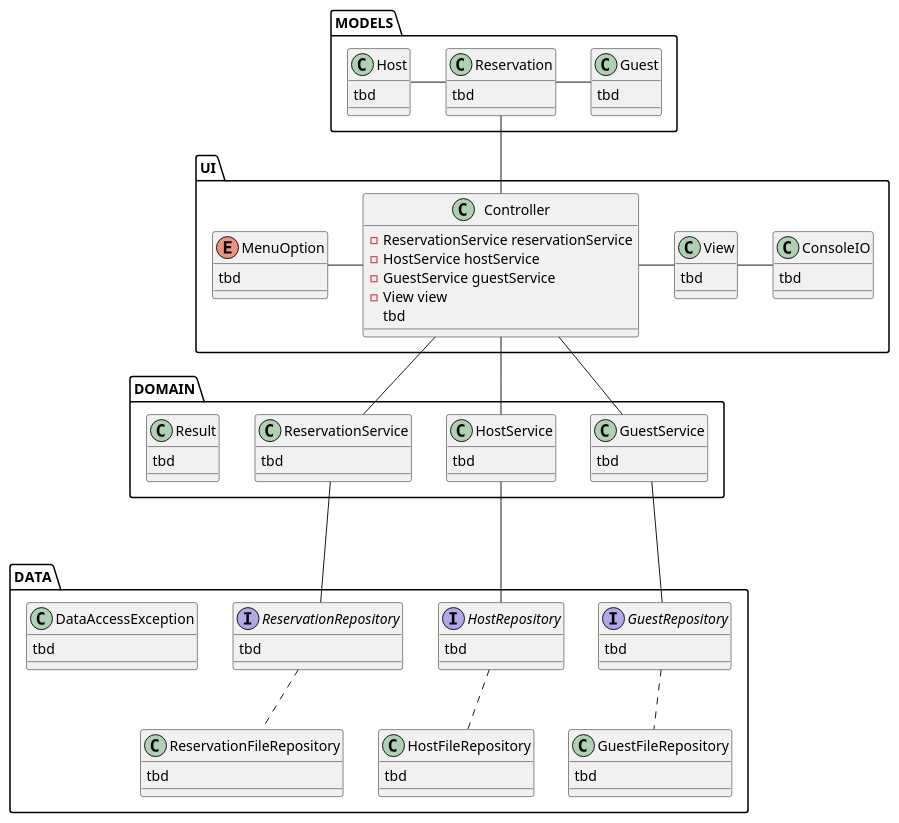
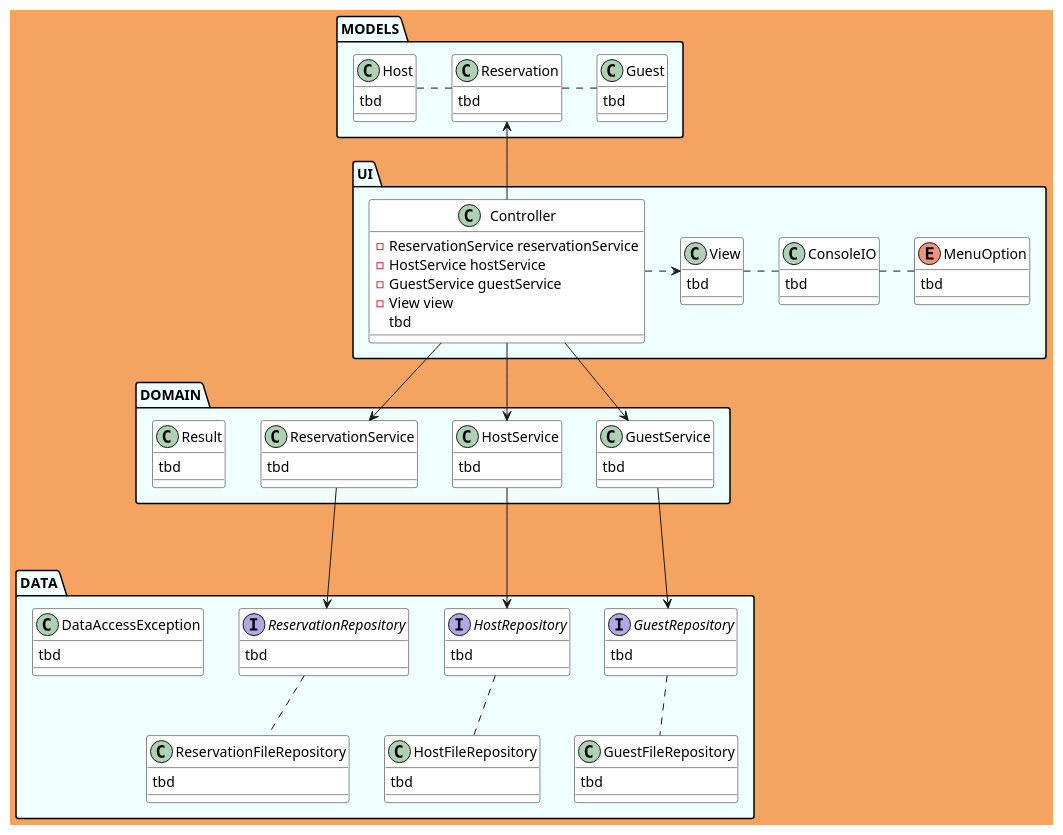
The first of 3 diagrams in week-05/DontWreckMyHouse/README.md (Miro-Stojanovic97/mirostoj-exercises-assessments), drawn with PlantUML before and after one commit. The commit also changed other lines of this file and 3 other files, not shown here.

````diff
--- a/week-05/DontWreckMyHouse/README.md
+++ b/week-05/DontWreckMyHouse/README.md
@@ -75,18 +75,22 @@
 ```plantuml
 @startuml
 skinparam linetype poly
+skinparam backgroundColor sandybrown
+skinparam ClassBackgroundColor white
+skinparam PackageBackgroundColor azure
 
-MODELS.Reservation -- UI.Controller
-UI.Controller -- DOMAIN.ReservationService
-UI.Controller -- DOMAIN.HostService
-UI.Controller -- DOMAIN.GuestService
-DOMAIN.ReservationService --- DATA.ReservationRepository
-DOMAIN.HostService --- DATA.HostRepository
-DOMAIN.GuestService --- DATA.GuestRepository
+
+MODELS.Reservation <-- UI.Controller
+UI.Controller --> DOMAIN.ReservationService
+UI.Controller --> DOMAIN.HostService
+UI.Controller --> DOMAIN.GuestService
+DOMAIN.ReservationService ---> DATA.ReservationRepository
+DOMAIN.HostService ---> DATA.HostRepository
+DOMAIN.GuestService ---> DATA.GuestRepository
 
 package "MODELS" {
-Host - Reservation 
-Reservation - Guest
+Host . Reservation 
+Reservation . Guest
     class Guest {
     tbd
     }
@@ -98,9 +102,9 @@
     }
 }
 package "UI" {
-Controller - View
-View - ConsoleIO
-MenuOption - Controller
+Controller .> View
+View . ConsoleIO
+ConsoleIO . MenuOption
     class ConsoleIO {
     tbd
     }
````
